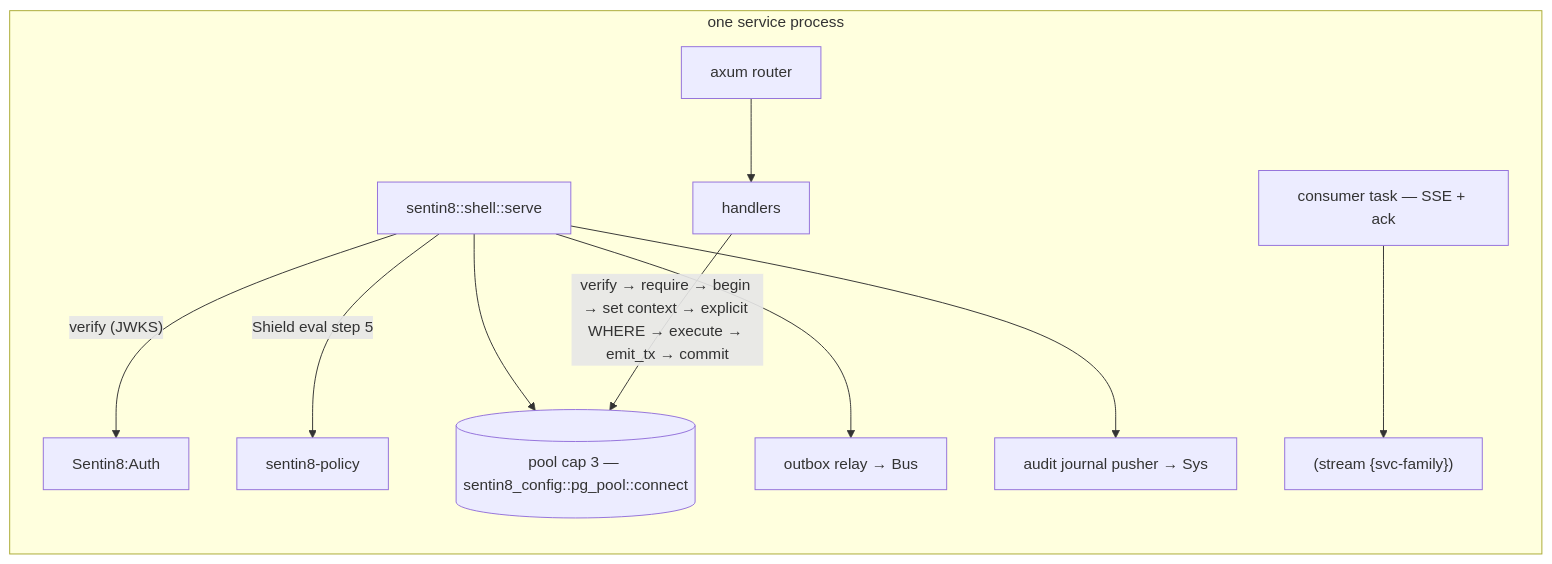
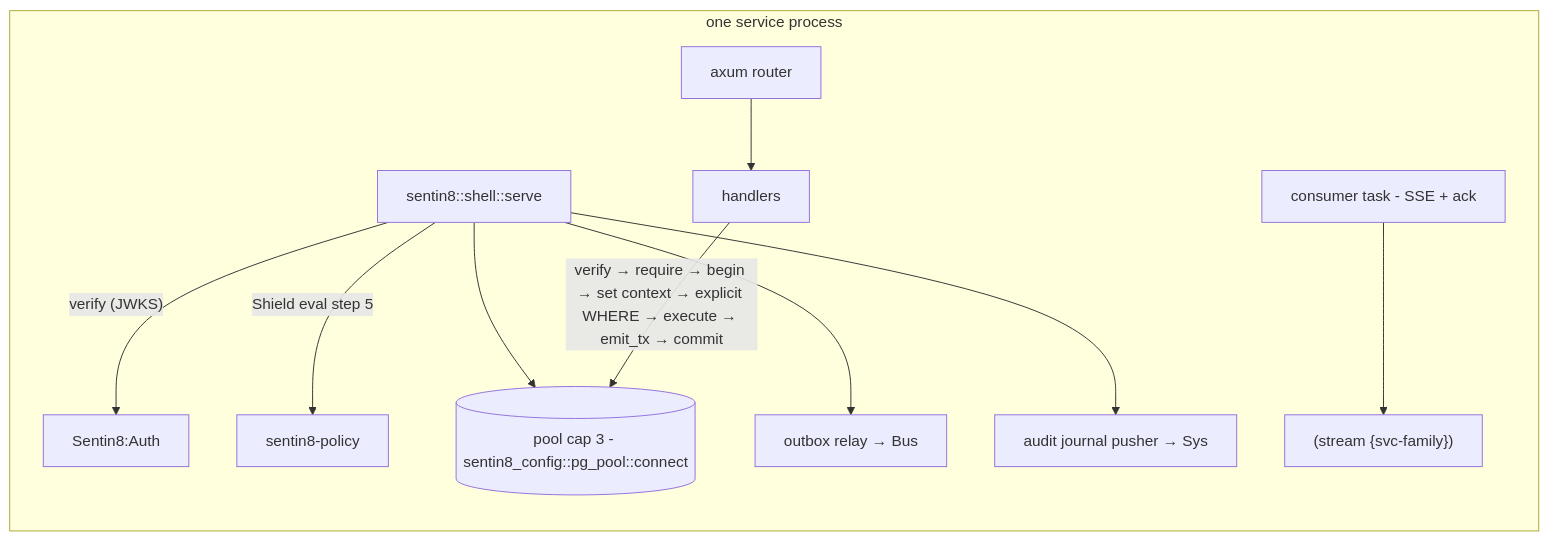
One commit to Hotel8/hotel8 changed the third of 6 diagrams in DESIGN.md. Above: the diagram before and after it, drawn with Mermaid. The commit also changed other lines of this file and 6 other files, not shown here.

````diff
--- a/DESIGN.md
+++ b/DESIGN.md
@@ -97,14 +97,14 @@
 ```mermaid
 graph LR
     subgraph proc["one service process"]
         BOOT[sentin8::shell::serve]
         BOOT -- "verify (JWKS)" --> AUTHX[Sentin8:Auth]
         BOOT -- "Shield eval step 5" --> POL[sentin8-policy]
-        BOOT --> POOL[(pool cap 3 — sentin8_config::pg_pool::connect)]
+        BOOT --> POOL[(pool cap 3 - sentin8_config::pg_pool::connect)]
         BOOT --> REL[outbox relay → Bus]
         BOOT --> PJ[audit journal pusher → Sys]
         RTR[axum router] --> H[handlers]
         H -- "verify → require → begin → set context → explicit WHERE → execute → emit_tx → commit" --> POOL
-        CONSG[consumer task — SSE + ack] --> BUSX["(stream {svc-family})"]
+        CONSG[consumer task - SSE + ack] --> BUSX["(stream {svc-family})"]
     end
 ```
````
